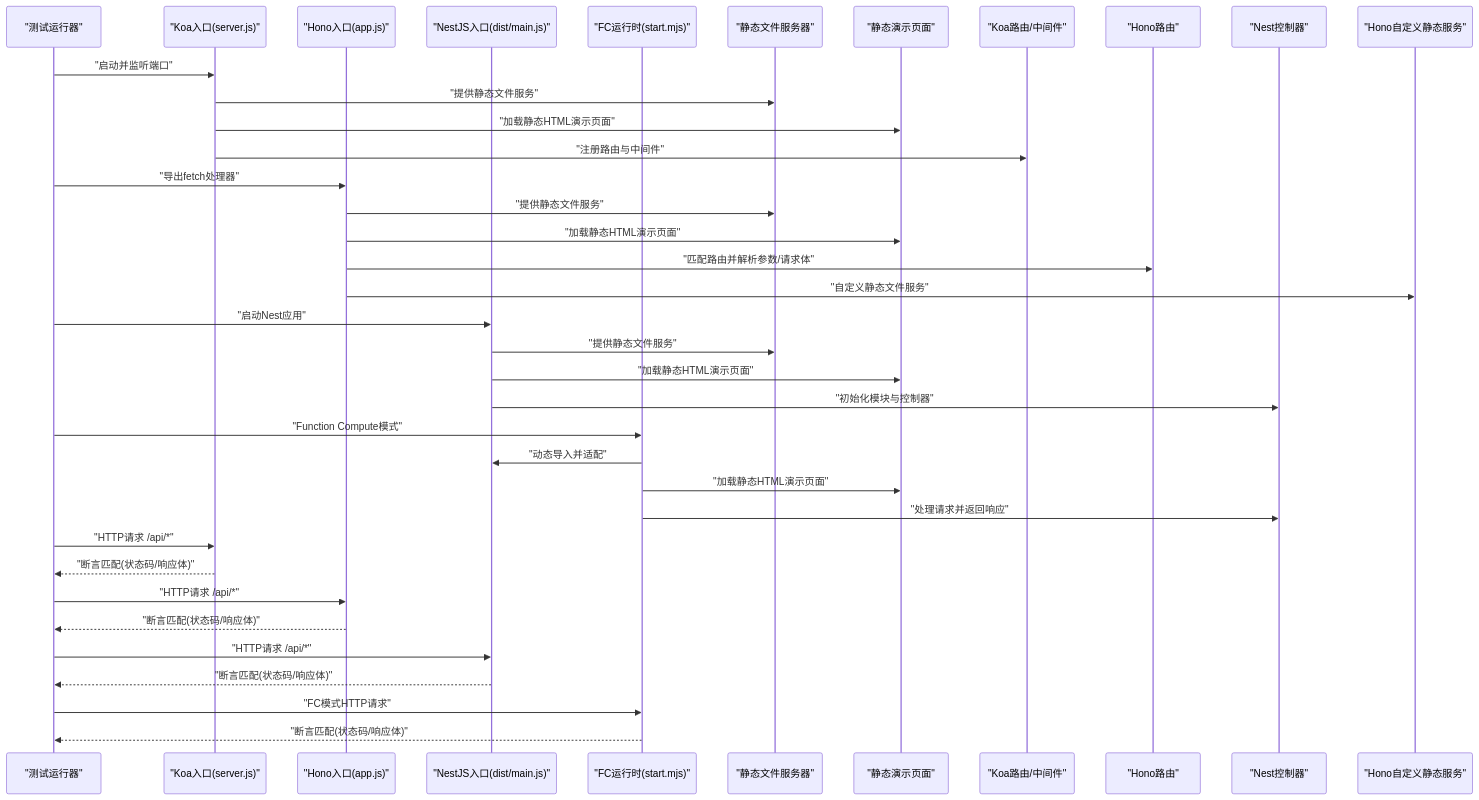
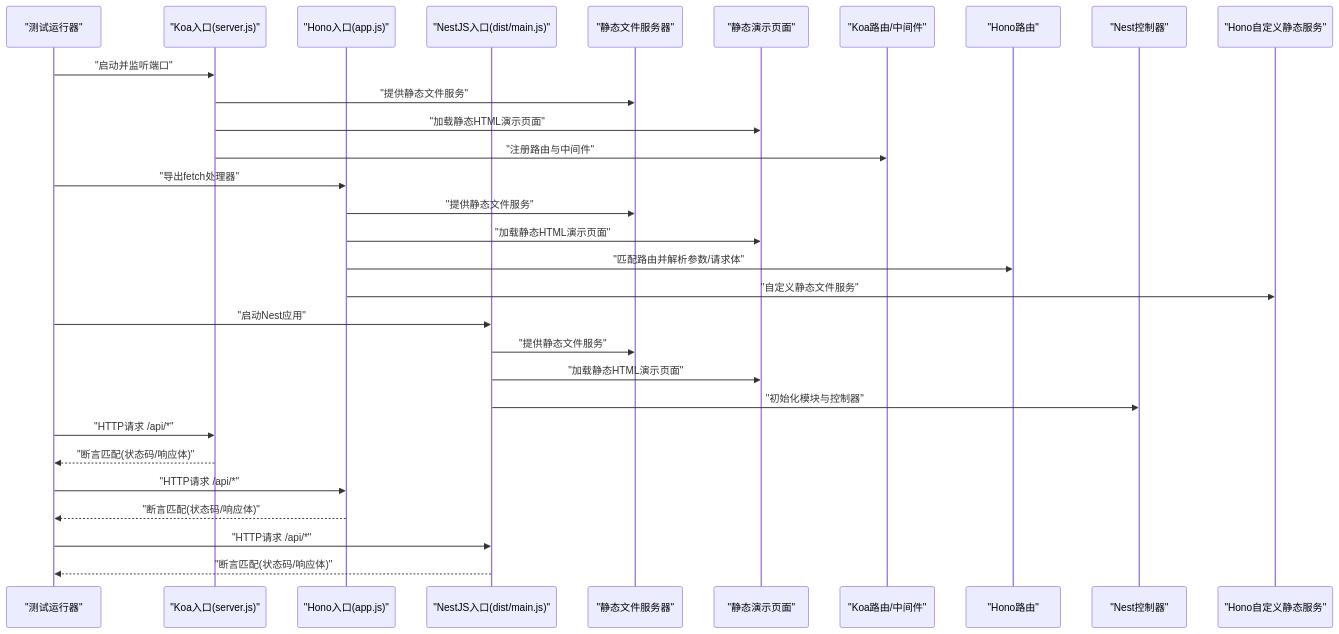
Before and after one commit to esa-sp/test-for-aone-ci: the second of 7 diagrams in .qoder/repowiki/zh/content/后端框架测试/Koa、Hono、NestJS框架测试.md, drawn with Mermaid. The commit also changed other lines of this file and 7 other files, not shown here.

````diff
--- a/.qoder/repowiki/zh/content/后端框架测试/Koa、Hono、NestJS框架测试.md
+++ b/.qoder/repowiki/zh/content/后端框架测试/Koa、Hono、NestJS框架测试.md
@@ -191,39 +156,32 @@
 ```mermaid
 sequenceDiagram
 participant Runner as "测试运行器"
 participant KoaEntry as "Koa入口(server.js)"
 participant HonoEntry as "Hono入口(app.js)"
 participant NestEntry as "NestJS入口(dist/main.js)"
-participant FCRuntime as "FC运行时(start.mjs)"
 participant StaticServer as "静态文件服务器"
 participant DemoPage as "静态演示页面"
 participant KoaRouter as "Koa路由/中间件"
 participant HonoRouter as "Hono路由"
 participant NestCtrl as "Nest控制器"
 participant HonoCustomStatic as "Hono自定义静态服务"
 Runner->>KoaEntry : "启动并监听端口"
 KoaEntry->>StaticServer : "提供静态文件服务"
 KoaEntry->>DemoPage : "加载静态HTML演示页面"
 KoaEntry->>KoaRouter : "注册路由与中间件"
 Runner->>HonoEntry : "导出fetch处理器"
 HonoEntry->>StaticServer : "提供静态文件服务"
 HonoEntry->>DemoPage : "加载静态HTML演示页面"
 HonoEntry->>HonoRouter : "匹配路由并解析参数/请求体"
 HonoEntry->>HonoCustomStatic : "自定义静态文件服务"
 Runner->>NestEntry : "启动Nest应用"
 NestEntry->>StaticServer : "提供静态文件服务"
 NestEntry->>DemoPage : "加载静态HTML演示页面"
 NestEntry->>NestCtrl : "初始化模块与控制器"
-Runner->>FCRuntime : "Function Compute模式"
-FCRuntime->>NestEntry : "动态导入并适配"
-FCRuntime->>DemoPage : "加载静态HTML演示页面"
-FCRuntime->>NestCtrl : "处理请求并返回响应"
 Runner->>KoaEntry : "HTTP请求 /api/*"
 KoaEntry-->>Runner : "断言匹配(状态码/响应体)"
 Runner->>HonoEntry : "HTTP请求 /api/*"
 HonoEntry-->>Runner : "断言匹配(状态码/响应体)"
 Runner->>NestEntry : "HTTP请求 /api/*"
 NestEntry-->>Runner : "断言匹配(状态码/响应体)"
-Runner->>FCRuntime : "FC模式HTTP请求"
-FCRuntime-->>Runner : "断言匹配(状态码/响应体)"
 ```
````
